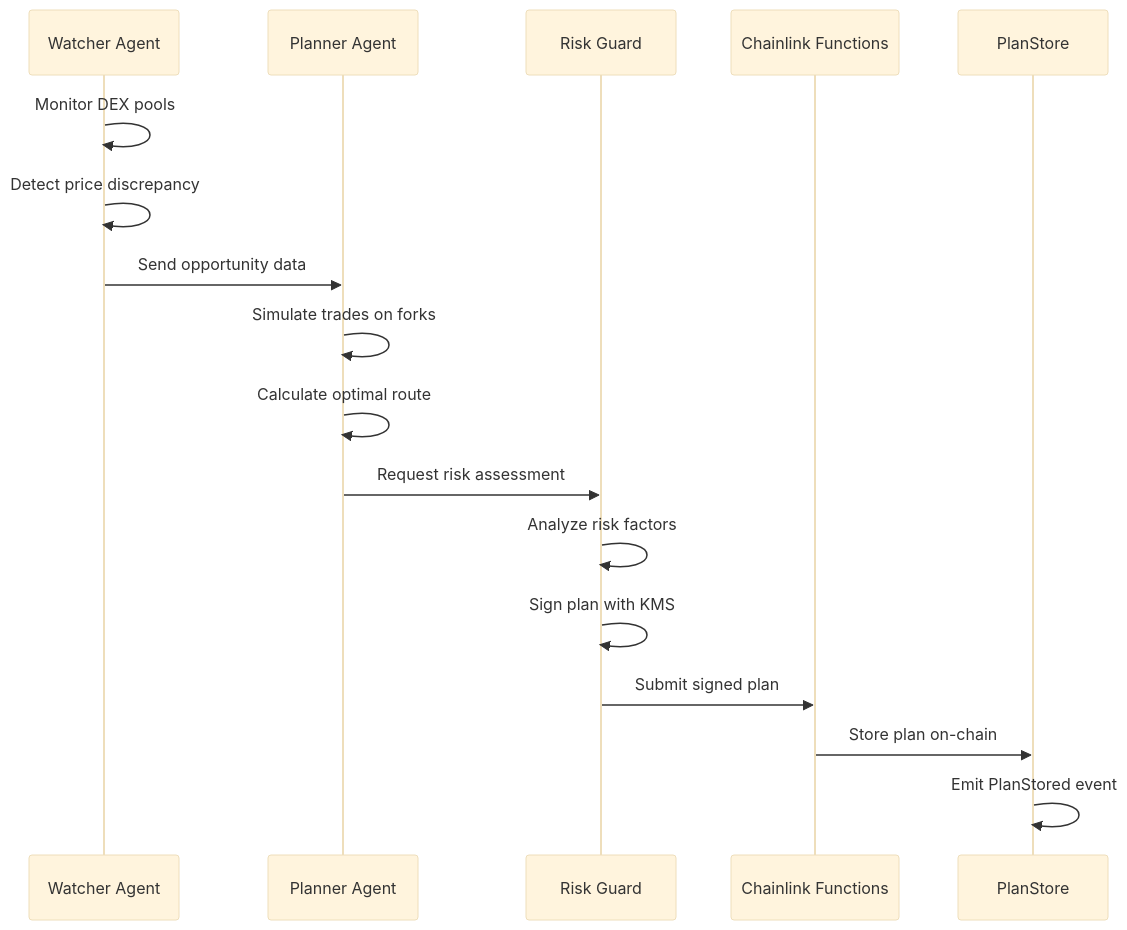
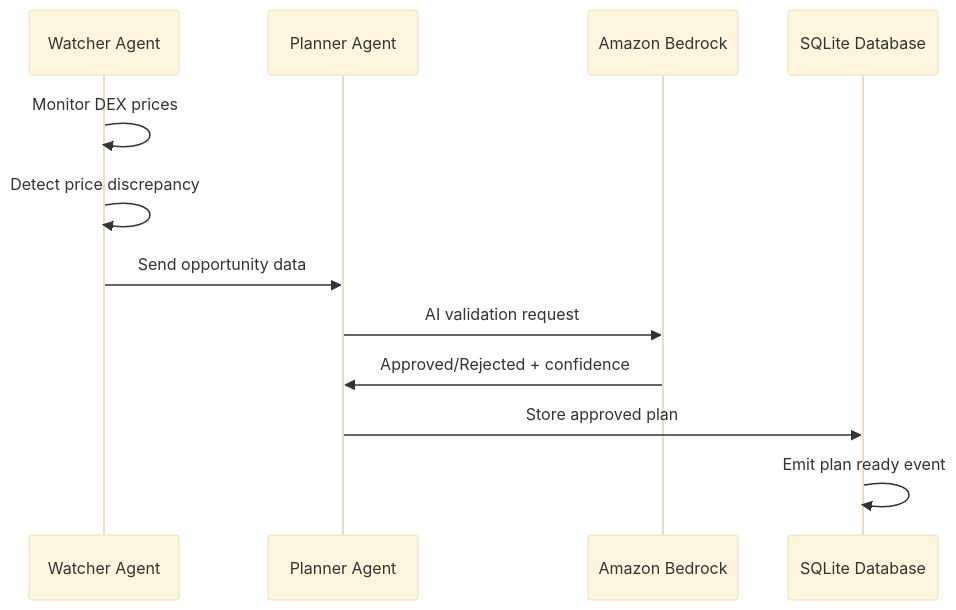
The second of 4 diagrams in docs/ARCHITECTURE.md (foundryUp/CrossLink-Arbiter), drawn with Mermaid (base theme) before and after one commit. The commit also changed other lines of this file and 24 other files, not shown here.

Commit message:
chore : add simplified flows

````diff
--- a/docs/ARCHITECTURE.md
+++ b/docs/ARCHITECTURE.md
@@ -102,20 +90,15 @@
 ```mermaid
 sequenceDiagram
     participant W as Watcher Agent
     participant P as Planner Agent
-    participant R as Risk Guard
-    participant CF as Chainlink Functions
-    participant PS as PlanStore
+    participant B as Amazon Bedrock
+    participant DB as SQLite Database
     
-    W->>W: Monitor DEX pools
+    W->>W: Monitor DEX prices
     W->>W: Detect price discrepancy
     W->>P: Send opportunity data
-    P->>P: Simulate trades on forks
-    P->>P: Calculate optimal route
-    P->>R: Request risk assessment
-    R->>R: Analyze risk factors
-    R->>R: Sign plan with KMS
-    R->>CF: Submit signed plan
-    CF->>PS: Store plan on-chain
-    PS->>PS: Emit PlanStored event
+    P->>B: AI validation request
+    B->>P: Approved/Rejected + confidence
+    P->>DB: Store approved plan
+    DB->>DB: Emit plan ready event
 ```
````
